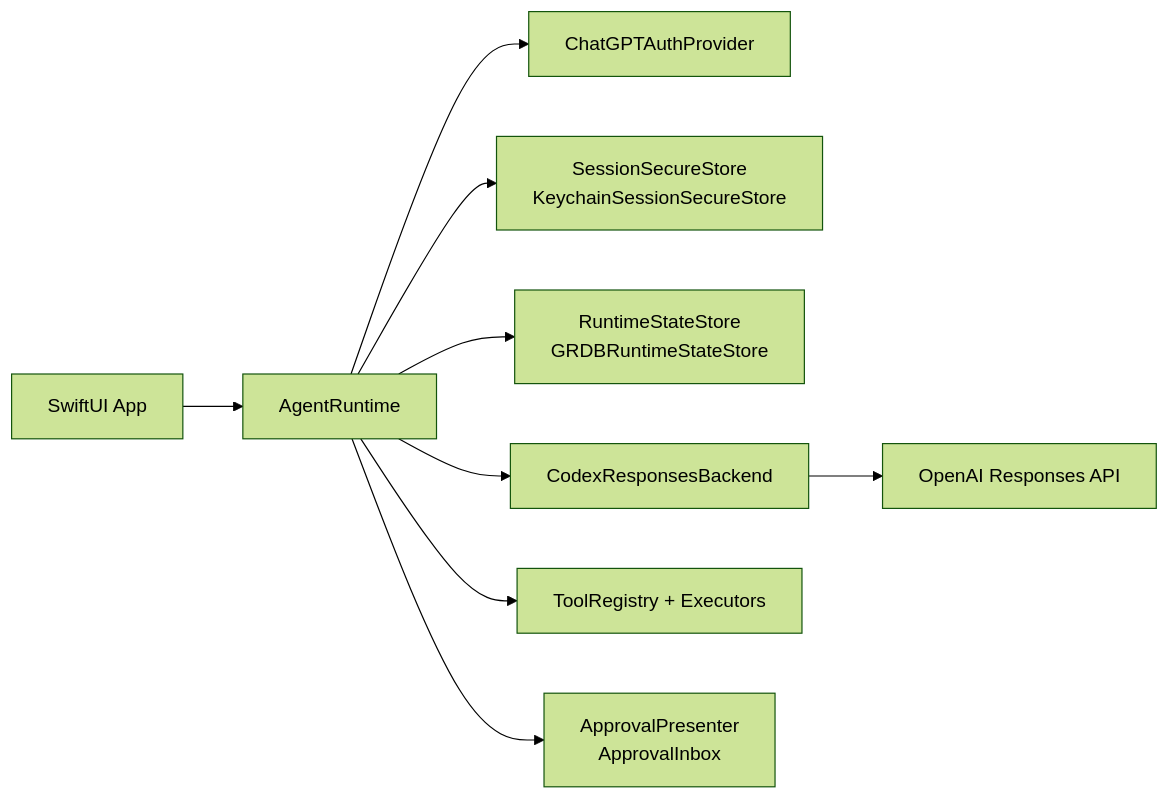
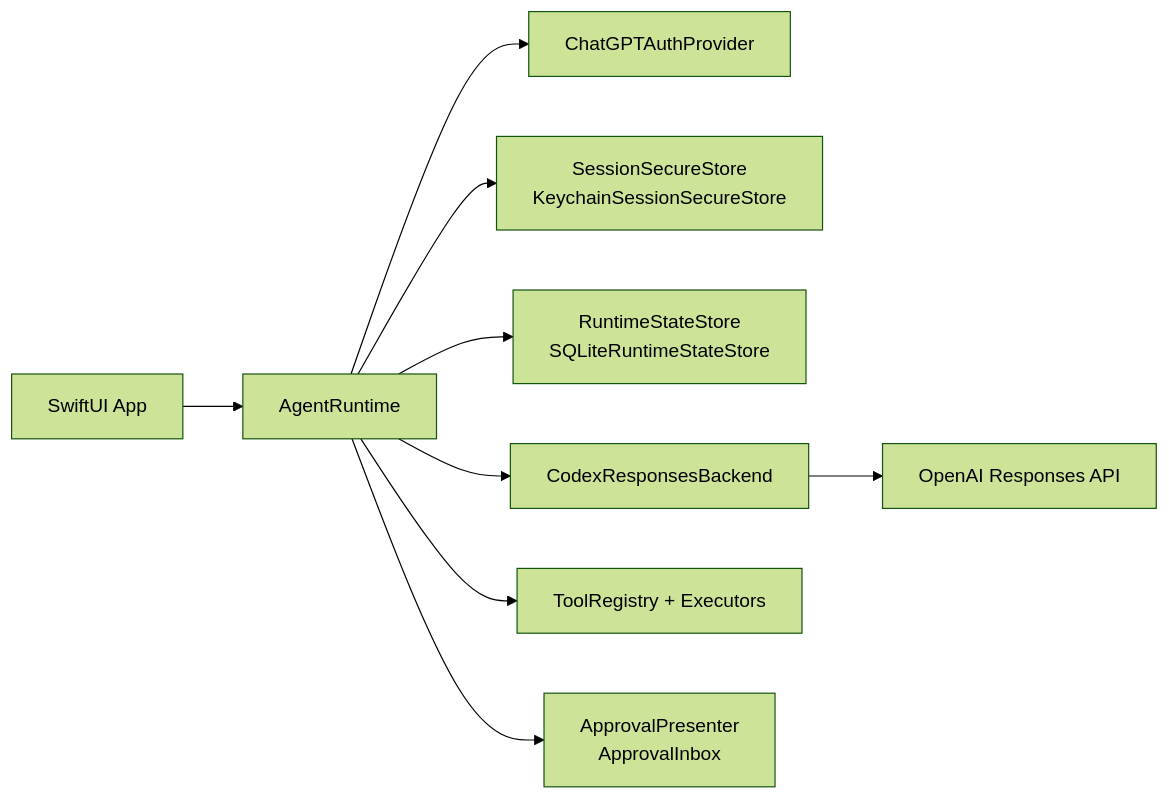
Before and after one commit to timazed/CodexKit: the diagram in README.md, drawn with Mermaid (forest theme). The commit also changed other lines of this file and 20 other files, not shown here.

Commit message:
Add typed message requests and rename SQLite runtime store (#11)

````diff
--- a/README.md
+++ b/README.md
@@ -146,11 +169,11 @@
 ```mermaid
 flowchart LR
     A["SwiftUI App"] --> B["AgentRuntime"]
     B --> C["ChatGPTAuthProvider"]
     B --> D["SessionSecureStore<br/>KeychainSessionSecureStore"]
-    B --> E["RuntimeStateStore<br/>GRDBRuntimeStateStore"]
+    B --> E["RuntimeStateStore<br/>SQLiteRuntimeStateStore"]
     B --> F["CodexResponsesBackend"]
     B --> G["ToolRegistry + Executors"]
     B --> H["ApprovalPresenter<br/>ApprovalInbox"]
     F --> I["OpenAI Responses API"]
 ```
````
